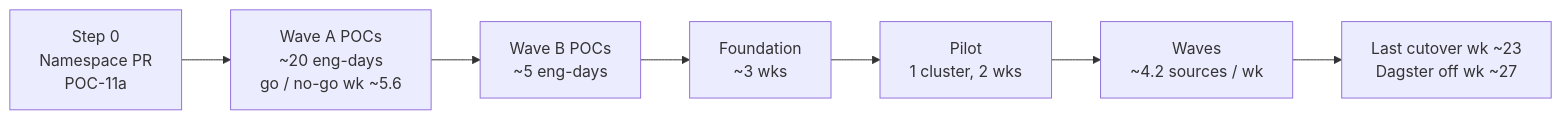
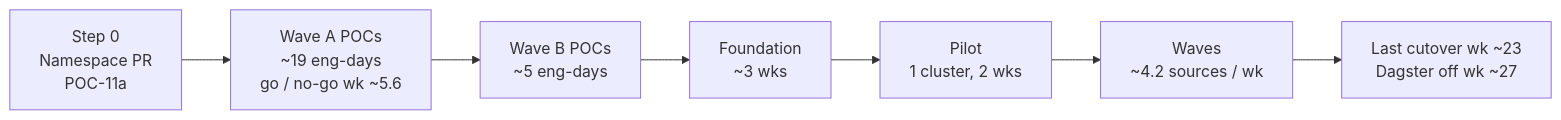
Before and after one commit to infroid/temporal-vs-dagster: the second of 13 diagrams in docs/2-migration-plan.md, drawn with Mermaid.

Commit message:
Big picture: Wave A effort excludes POC-11a (Step 0)
Claude-Session: https://claude.ai/code/session_01Fyo3Wh2epQkF76rDcdY5LM

````diff
--- a/docs/2-migration-plan.md
+++ b/docs/2-migration-plan.md
@@ -62,9 +62,9 @@
 ```mermaid
 flowchart LR
-  S0["Step 0<br/>Namespace PR<br/>POC-11a"] --> WA["Wave A POCs<br/>~20 eng-days<br/>go / no-go wk ~5.6"]
+  S0["Step 0<br/>Namespace PR<br/>POC-11a"] --> WA["Wave A POCs<br/>~19 eng-days<br/>go / no-go wk ~5.6"]
   WA --> WB["Wave B POCs<br/>~5 eng-days"]
   WB --> F["Foundation<br/>~3 wks"]
   F --> P["Pilot<br/>1 cluster, 2 wks"]
   P --> W["Waves<br/>~4.2 sources / wk"]
   W --> D["Last cutover wk ~23<br/>Dagster off wk ~27"]
 ```
````
